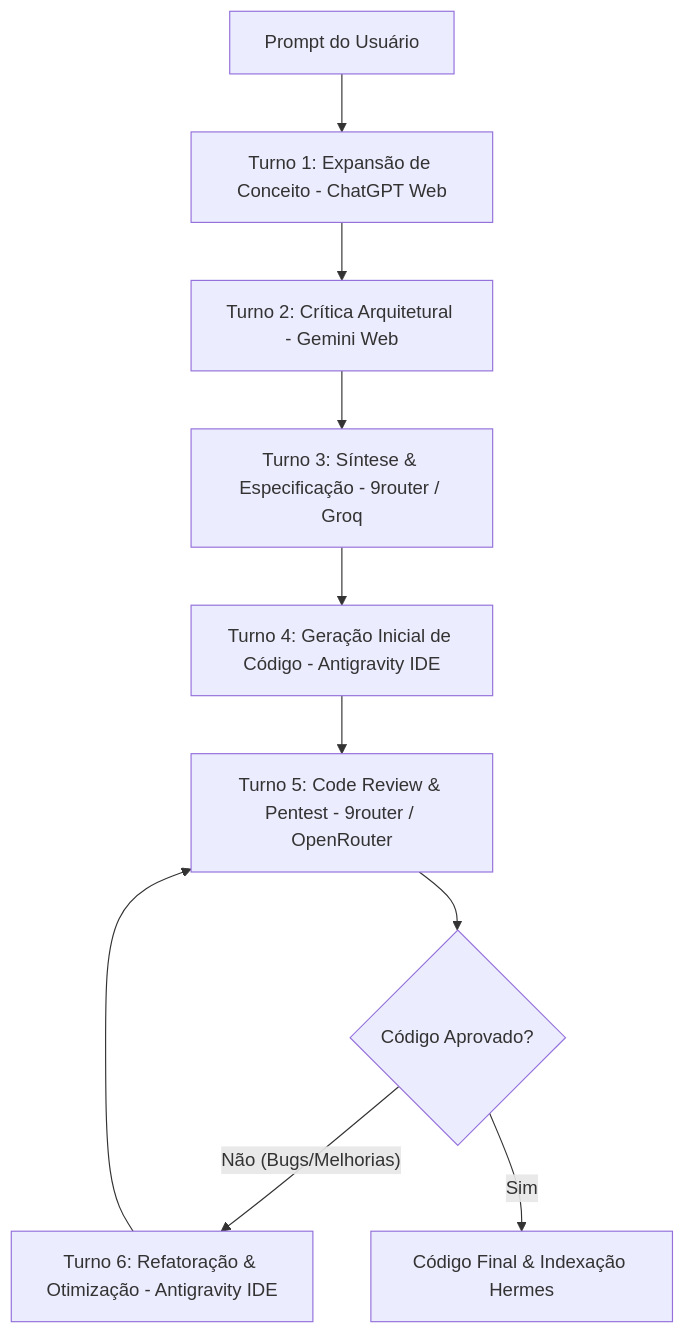
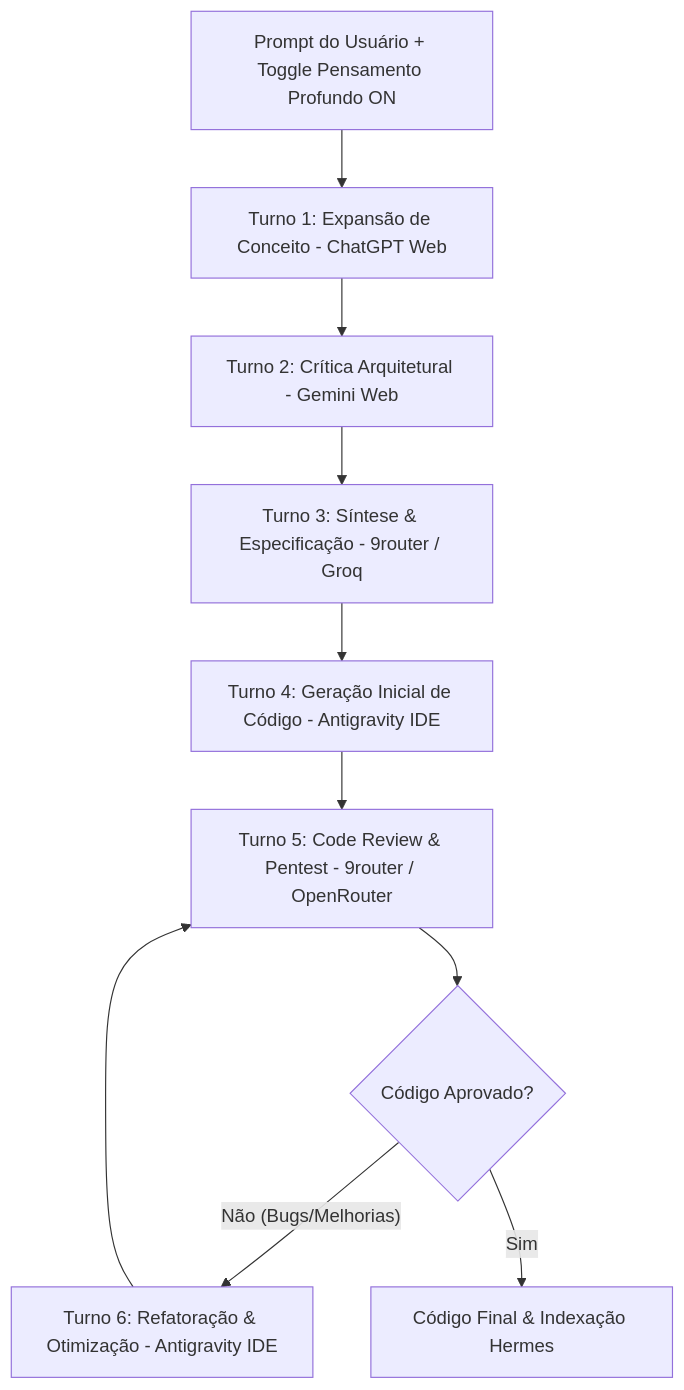
Before and after one commit to TrevorSalazar66/MaestroAgents: the diagram in Desenvolvimento/idealizacao.md, drawn with Mermaid. The commit also changed other lines of this file, not shown here.

First line of the commit message:
docs(idealizacao): refina ux com web ui hermes, pensamento profundo opcional, toggle de tela e rag denso

````diff
--- a/Desenvolvimento/idealizacao.md
+++ b/Desenvolvimento/idealizacao.md
@@ -33,12 +36,12 @@
 ```mermaid
 graph TD
-    A[Prompt do Usuário] --> T1[Turno 1: Expansão de Conceito - ChatGPT Web]
+    A[Prompt do Usuário + Toggle Pensamento Profundo ON] --> T1[Turno 1: Expansão de Conceito - ChatGPT Web]
     T1 --> T2[Turno 2: Crítica Arquitetural - Gemini Web]
     T2 --> T3[Turno 3: Síntese & Especificação - 9router / Groq]
     T3 --> T4[Turno 4: Geração Inicial de Código - Antigravity IDE]
     T4 --> T5[Turno 5: Code Review & Pentest - 9router / OpenRouter]
     T5 --> T6{Código Aprovado?}
     T6 -- Não (Bugs/Melhorias) --> T7[Turno 6: Refatoração & Otimização - Antigravity IDE]
     T7 --> T5
     T6 -- Sim --> FIN[Código Final & Indexação Hermes]
 ```
````
